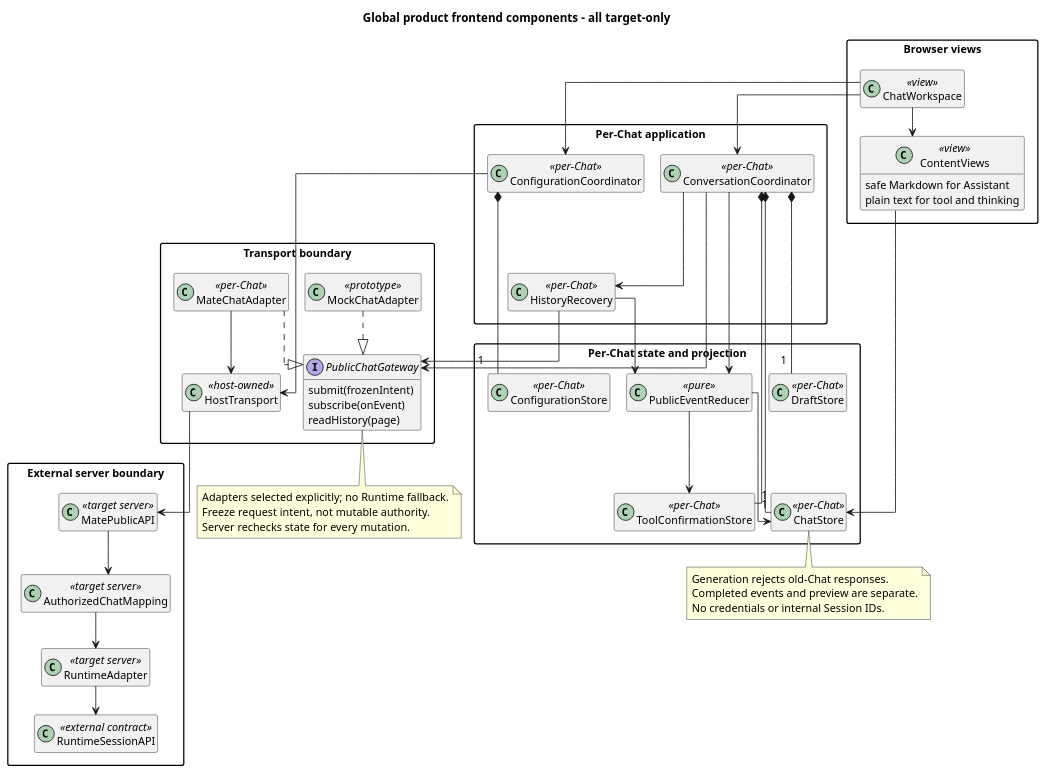
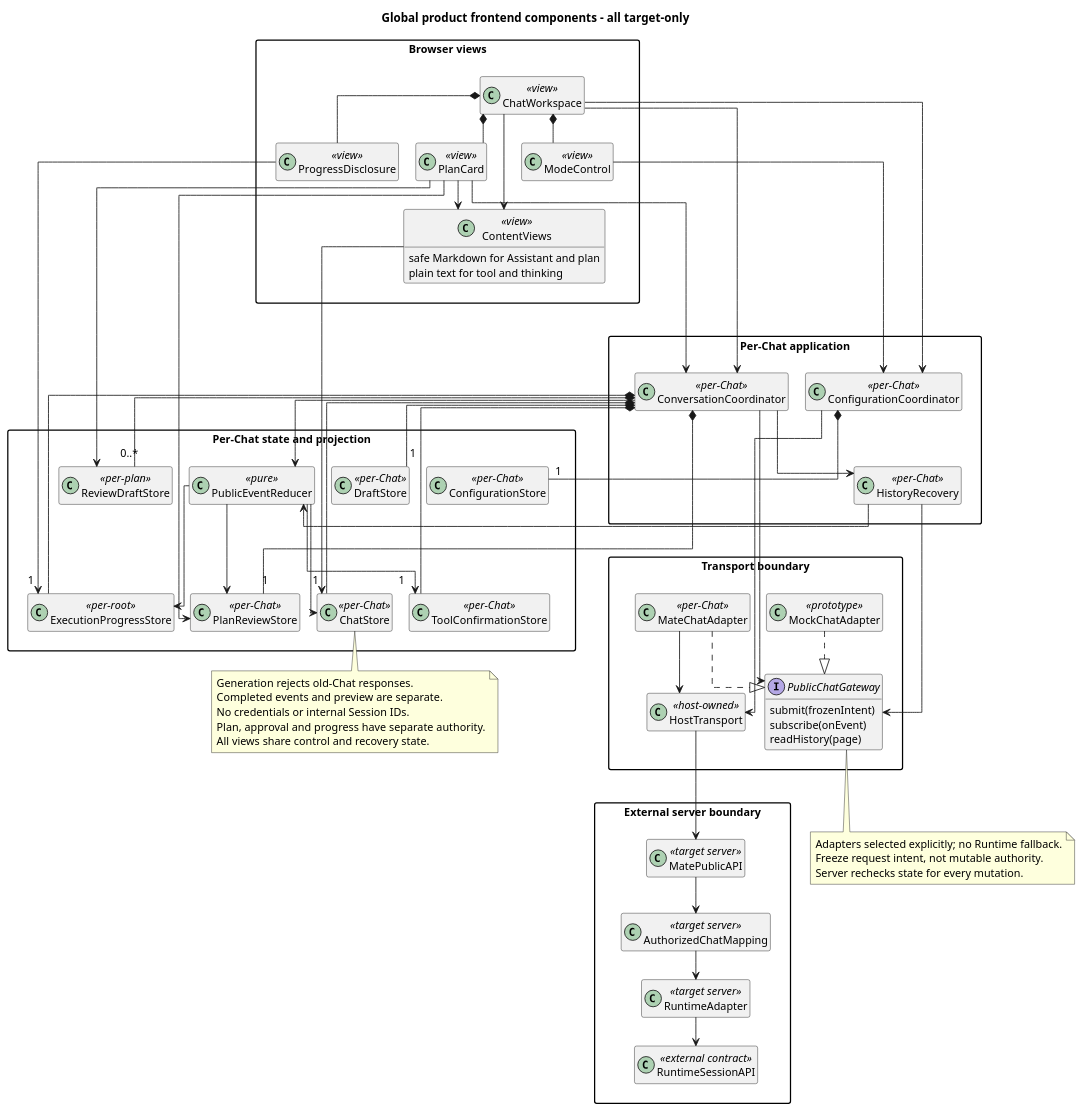
Before and after one commit to ssm0808/pi-mono-java-design: the fifth of 8 diagrams in 01-总体架构/04-CampusClaw前端体验/diagram.puml, drawn with PlantUML. The commit also changed other lines of this file and 16 other files, not shown here.

Commit message:
docs(frontend): 对齐 Codex 计划交互与实施进度

```diff
--- a/01-总体架构/04-CampusClaw前端体验/diagram.puml
+++ b/01-总体架构/04-CampusClaw前端体验/diagram.puml
@@ -205,88 +205,119 @@
 @startuml target_frontend_components
 top to bottom direction
 skinparam backgroundColor white
 skinparam shadowing false
 skinparam defaultFontName SansSerif
 skinparam defaultFontSize 13
 skinparam classAttributeIconSize 0
 skinparam packageStyle rectangle
 skinparam nodesep 20
 skinparam ranksep 35
 skinparam linetype ortho
 hide empty members
-' Source baseline: pi-mono-java dfb90cac4e233e09a0b8f047f7e9f4682f5ad238. Thinking-only evidence: 4cc8dd86 frontend/src/components/ThinkingDisclosure.vue template; target displays original model reasoning.
+' Source baseline: pi-mono-java 29ebec6a8cad99896414211cda28c6fffec71bee. Thinking-only evidence: 4cc8dd86 frontend/src/components/ThinkingDisclosure.vue template; target displays original model reasoning.
 ' Source evidence: frontend/src/App.vue submit; frontend/src/composables/useRuntimeApi.ts loadHistory, requestRaw.
 ' Source evidence: frontend/src/projectors/runtimeEventProjector.ts projectRuntimeEvents; frontend/src/types/product.ts.
-' Observed behavior: current app directly owns Runtime state and legacy controls; no public Chat Gateway.
+' Source evidence: frontend/src/runtime/eventStore.ts executionState, reconcileEvents; types/runtime.ts RuntimeEvent.
+' Observed behavior: no plan review or TODO view in this source; existing event merge and control locks are reusable.
+' Codex d58d0e58: codex-rs/tui/src/chatwidget/plan_implementation.rs selection_view_params.
+' Java divergence: exact proposal approval resumes the original execution, not a new user message.
 ' Target-only architecture: every class and relationship below is a product integration target.
 ' Design reason: isolate protocol and host identity, use per-Chat state, and make recovery read-only.
 title Global product frontend components - all target-only
-package "Browser views" {
+package "Browser views" as Views {
   class ChatWorkspace <<view>>
+  class PlanCard <<view>>
+  class ModeControl <<view>>
+  class ProgressDisclosure <<view>>
   class ContentViews <<view>> {
-    safe Markdown for Assistant
+    safe Markdown for Assistant and plan
     plain text for tool and thinking
   }
 }
-package "Per-Chat application" {
+package "Per-Chat application" as Application {
   class ConversationCoordinator <<per-Chat>>
   class HistoryRecovery <<per-Chat>>
   class ConfigurationCoordinator <<per-Chat>>
 }
-package "Per-Chat state and projection" {
+package "Per-Chat state and projection" as State {
   class ChatStore <<per-Chat>>
   class DraftStore <<per-Chat>>
   class ToolConfirmationStore <<per-Chat>>
   class ConfigurationStore <<per-Chat>>
+  class PlanReviewStore <<per-Chat>>
+  class ReviewDraftStore <<per-plan>>
+  class ExecutionProgressStore <<per-root>>
   class PublicEventReducer <<pure>>
 }
-package "Transport boundary" {
+package "Transport boundary" as Transport {
   interface PublicChatGateway {
     submit(frozenIntent)
     subscribe(onEvent)
     readHistory(page)
   }
   class MateChatAdapter <<per-Chat>>
   class MockChatAdapter <<prototype>>
   class HostTransport <<host-owned>>
 }
-package "External server boundary" {
+package "External server boundary" as External {
   class MatePublicAPI <<target server>>
   class AuthorizedChatMapping <<target server>>
   class RuntimeAdapter <<target server>>
   class RuntimeSessionAPI <<external contract>>
 }
-ChatWorkspace --> ConversationCoordinator
-ChatWorkspace --> ConfigurationCoordinator
+ChatWorkspace -down-> ConversationCoordinator
+ChatWorkspace -down-> ConfigurationCoordinator
 ChatWorkspace --> ContentViews
-ConversationCoordinator *-- "1" DraftStore
-ConversationCoordinator *-- "1" ToolConfirmationStore
-ConversationCoordinator *-- "1" ChatStore
+ChatWorkspace *-down- PlanCard
+ChatWorkspace *-down- ModeControl
+ChatWorkspace *-down- ProgressDisclosure
+PlanCard --> ContentViews
+PlanCard -down-> ConversationCoordinator
+PlanCard --> PlanReviewStore
+PlanCard --> ReviewDraftStore
+ModeControl -down-> ConfigurationCoordinator
+ProgressDisclosure --> ExecutionProgressStore
+ConversationCoordinator *-down- "1" DraftStore
+ConversationCoordinator *-down- "1" ToolConfirmationStore
+ConversationCoordinator *-down- "1" ChatStore
+ConversationCoordinator *-down- "1" PlanReviewStore
+ConversationCoordinator *-down- "1" ExecutionProgressStore
+ConversationCoordinator *-down- "0..*" ReviewDraftStore
 ConversationCoordinator --> PublicChatGateway
-ConversationCoordinator --> HistoryRecovery
+ConversationCoordinator -down-> HistoryRecovery
 HistoryRecovery --> PublicChatGateway
 HistoryRecovery --> PublicEventReducer
-ConversationCoordinator --> PublicEventReducer
-PublicEventReducer --> ChatStore
-PublicEventReducer --> ToolConfirmationStore
+ConversationCoordinator -down-> PublicEventReducer
+PublicEventReducer -down-> ChatStore
+PublicEventReducer -down-> ToolConfirmationStore
+PublicEventReducer -down-> PlanReviewStore
+PublicEventReducer -down-> ExecutionProgressStore
 ContentViews --> ChatStore
-ConfigurationCoordinator *-- "1" ConfigurationStore
+ConfigurationCoordinator *-down- "1" ConfigurationStore
 ConfigurationCoordinator --> HostTransport
 MateChatAdapter ..|> PublicChatGateway
 MockChatAdapter ..|> PublicChatGateway
 MateChatAdapter --> HostTransport
 HostTransport --> MatePublicAPI
 MatePublicAPI --> AuthorizedChatMapping
 AuthorizedChatMapping --> RuntimeAdapter
 RuntimeAdapter --> RuntimeSessionAPI
 note bottom of PublicChatGateway
 Adapters selected explicitly; no Runtime fallback.
 Freeze request intent, not mutable authority.
 Server rechecks state for every mutation.
 end note
 note bottom of ChatStore
 Generation rejects old-Chat responses.
 Completed events and preview are separate.
 No credentials or internal Session IDs.
+Plan, approval and progress have separate authority.
+All views share control and recovery state.
 end note
+ContentViews -[hidden]down-> ConversationCoordinator
+ContentViews -[hidden]down-> ConfigurationCoordinator
+Views -[hidden]down-> Application
+Application -[hidden]down-> State
+State -[hidden]down-> Transport
+Transport -[hidden]down-> External
 @enduml
```
